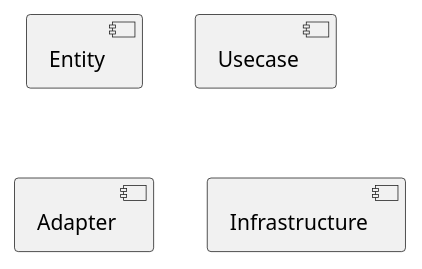
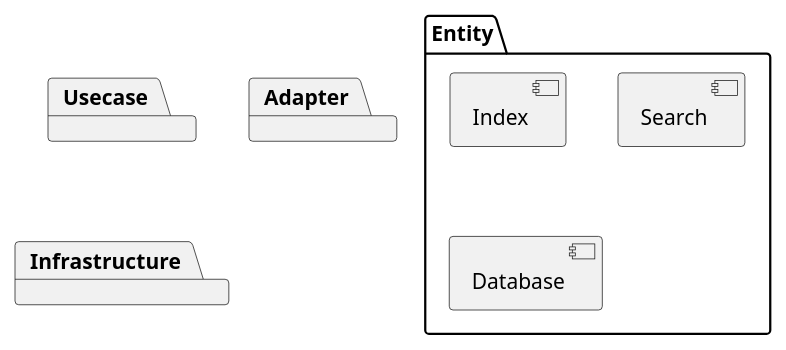
One commit to leeh8911/file_explorer changed the diagram in docs/md/Architecture.md. Above: the diagram before and after it, drawn with PlantUML. The commit also changed other lines of this file and 4 other files, not shown here.

````diff
--- a/docs/md/Architecture.md
+++ b/docs/md/Architecture.md
@@ -3,10 +3,14 @@
 ```plantuml
 @startuml
 
-component Entity
-component Usecase
-component Adapter
-component Infrastructure
+package Entity {
+    component Index
+    component Search
+    component Database
+}
+package Usecase
+package Adapter
+package Infrastructure
 
 @enduml
 ```
````
